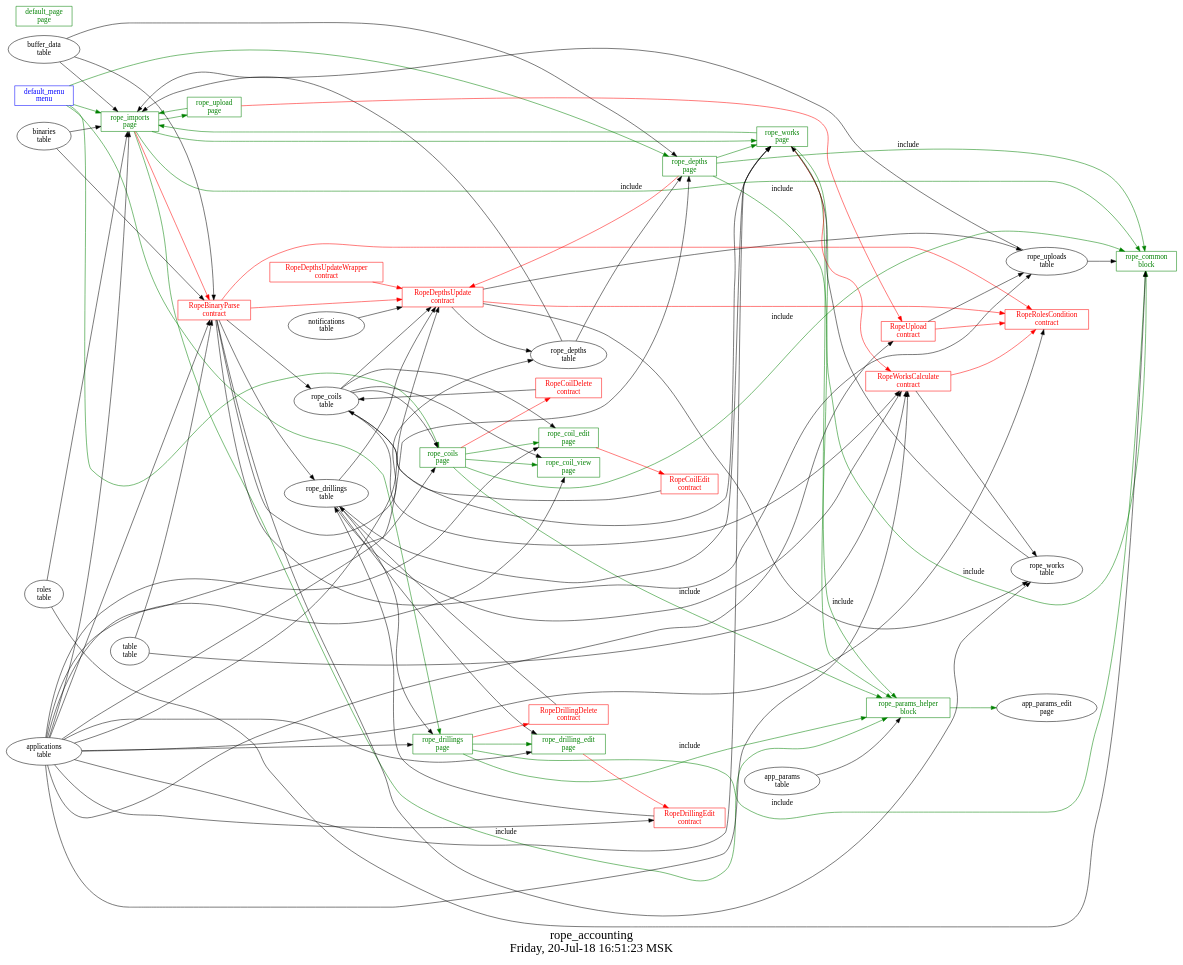
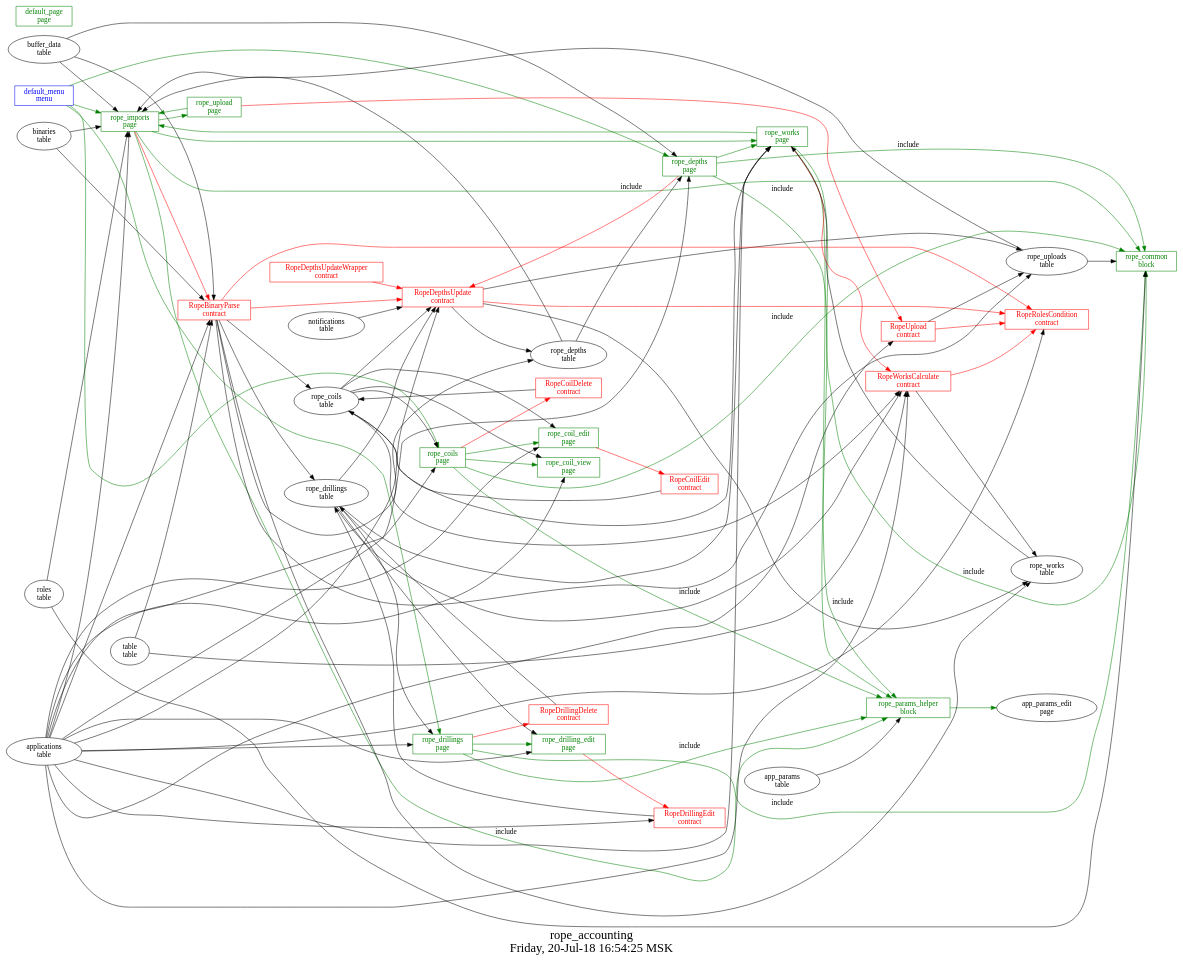
Before and after one commit to AplaProject/apps: the diagram in src/rope_accounting/struct.dot, drawn with Graphviz. The commit also changed 2 other files, not shown here.

```diff
--- a/src/rope_accounting/struct.dot
+++ b/src/rope_accounting/struct.dot
@@ -1,128 +1,128 @@
 digraph G {
 fontsize="24";
-label="rope_accounting\nFriday, 20-Jul-18 16:51:23 MSK";
+label="rope_accounting\nFriday, 20-Jul-18 16:54:25 MSK";
 nojustify=true;
 ordering=out;
 rankdir=LR;
 size="30";
 "default_menu\nmenu" -> "rope_imports\npage"  [ color=green ]
 "default_menu\nmenu" -> "rope_depths\npage"  [ color=green ]
 "default_menu\nmenu" -> "rope_drillings\npage"  [ color=green ]
 "default_menu\nmenu" -> "rope_coils\npage"  [ color=green ]
 "default_menu\nmenu" [color=blue, fontcolor=blue, group=menus, shape=record];
 "default_page\npage" [color=green, fontcolor=green, group=pages, shape=record];
 "rope_coil_edit\npage" -> "RopeCoilEdit\ncontract"  [ color=red ]
 "applications\ntable" -> "rope_coil_edit\npage"
 "rope_coils\ntable" -> "rope_coil_edit\npage"
 "rope_coil_edit\npage" [color=green, fontcolor=green, group=pages, shape=record];
 "applications\ntable" -> "rope_coil_view\npage"
 "rope_coils\ntable" -> "rope_coil_view\npage"
 "rope_coil_view\npage" [color=green, fontcolor=green, group=pages, shape=record];
 "rope_coils\npage" -> "RopeCoilDelete\ncontract"  [ color=red ]
 "applications\ntable" -> "rope_coils\npage"
 "rope_coils\ntable" -> "rope_coils\npage"
 "rope_coils\npage" -> "rope_coil_edit\npage"  [ color=green ]
 "rope_coils\npage" -> "rope_coil_view\npage"  [ color=green ]
 "rope_coils\npage" -> "rope_common\nblock"  [ color=green, label=include ]
 "rope_coils\npage" -> "rope_params_helper\nblock"  [ color=green, label=include ]
 "rope_coils\npage" [color=green, fontcolor=green, group=pages, shape=record];
 "rope_depths\npage" -> "RopeDepthsUpdate\ncontract"  [ color=red ]
 "applications\ntable" -> "rope_depths\npage"
 "rope_depths\ntable" -> "rope_depths\npage"
 "buffer_data\ntable" -> "rope_depths\npage"
 "rope_depths\npage" -> "rope_works\npage"  [ color=green ]
 "rope_depths\npage" -> "rope_common\nblock"  [ color=green, label=include ]
 "rope_depths\npage" -> "rope_params_helper\nblock"  [ color=green, label=include ]
 "rope_depths\npage" [color=green, fontcolor=green, group=pages, shape=record];
 "rope_drilling_edit\npage" -> "RopeDrillingEdit\ncontract"  [ color=red ]
 "applications\ntable" -> "rope_drilling_edit\npage"
 "rope_drillings\ntable" -> "rope_drilling_edit\npage"
 "rope_drilling_edit\npage" [color=green, fontcolor=green, group=pages, shape=record];
 "rope_drillings\npage" -> "RopeDrillingDelete\ncontract"  [ color=red ]
 "applications\ntable" -> "rope_drillings\npage"
 "rope_drillings\ntable" -> "rope_drillings\npage"
 "rope_drillings\npage" -> "rope_drilling_edit\npage"  [ color=green ]
 "rope_drillings\npage" -> "rope_common\nblock"  [ color=green, label=include ]
 "rope_drillings\npage" -> "rope_params_helper\nblock"  [ color=green, label=include ]
 "rope_drillings\npage" [color=green, fontcolor=green, group=pages, shape=record];
 "rope_imports\npage" -> "RopeBinaryParse\ncontract"  [ color=red ]
 "applications\ntable" -> "rope_imports\npage"
 "roles\ntable" -> "rope_imports\npage"
 "rope_uploads\ntable" -> "rope_imports\npage"
 "binaries\ntable" -> "rope_imports\npage"
 "rope_depths\ntable" -> "rope_imports\npage"
 "buffer_data\ntable" -> "rope_imports\npage"
 "rope_imports\npage" -> "rope_upload\npage"  [ color=green ]
 "rope_imports\npage" -> "rope_works\npage"  [ color=green ]
 "rope_imports\npage" -> "rope_common\nblock"  [ color=green, label=include ]
 "rope_imports\npage" -> "rope_params_helper\nblock"  [ color=green, label=include ]
 "rope_imports\npage" [color=green, fontcolor=green, group=pages, shape=record];
 "rope_upload\npage" -> "RopeUpload\ncontract"  [ color=red ]
 "rope_upload\npage" -> "rope_imports\npage"  [ color=green ]
 "rope_upload\npage" [color=green, fontcolor=green, group=pages, shape=record];
 "rope_works\npage" -> "RopeWorksCalculate\ncontract"  [ color=red ]
 "applications\ntable" -> "rope_works\npage"
 "rope_works\ntable" -> "rope_works\npage"
 "rope_drillings\ntable" -> "rope_works\npage"
 "rope_coils\ntable" -> "rope_works\npage"
 "rope_works\npage" -> "rope_imports\npage"  [ color=green ]
 "rope_works\npage" -> "rope_common\nblock"  [ color=green, label=include ]
 "rope_works\npage" -> "rope_params_helper\nblock"  [ color=green, label=include ]
 "rope_works\npage" [color=green, fontcolor=green, group=pages, shape=record];
 "roles\ntable" -> "rope_common\nblock"
 "rope_uploads\ntable" -> "rope_common\nblock"
 "rope_common\nblock" [color=green, fontcolor=green, group=blocks, shape=record];
 "app_params\ntable" -> "rope_params_helper\nblock"
 "rope_params_helper\nblock" -> "app_params_edit\npage"  [ color=green ]
 "rope_params_helper\nblock" [color=green, fontcolor=green, group=blocks, shape=record];
 "RopeBinaryParse\ncontract" -> "RopeDepthsUpdate\ncontract"  [ color=red ]
 "RopeBinaryParse\ncontract" -> "RopeRolesCondition\ncontract"  [ color=red ]
 "RopeBinaryParse\ncontract" -> "rope_coils\ntable"  [ color="" ]
 "RopeBinaryParse\ncontract" -> "rope_drillings\ntable"  [ color="" ]
 "RopeBinaryParse\ncontract" -> "rope_works\ntable"  [ color="" ]
 "RopeBinaryParse\ncontract" -> "rope_depths\ntable"  [ color="" ]
 "RopeBinaryParse\ncontract" -> "rope_uploads\ntable"  [ color="" ]
 "table\ntable" -> "RopeBinaryParse\ncontract"
 "buffer_data\ntable" -> "RopeBinaryParse\ncontract"
 "binaries\ntable" -> "RopeBinaryParse\ncontract"
 "applications\ntable" -> "RopeBinaryParse\ncontract"
 "RopeBinaryParse\ncontract" [color=red, fontcolor=red, group=contracts, shape=record];
 "RopeCoilDelete\ncontract" -> "rope_coils\ntable"  [ color="" ]
 "RopeCoilDelete\ncontract" [color=red, fontcolor=red, group=contracts, shape=record];
 "RopeCoilEdit\ncontract" -> "rope_coils\ntable"  [ color="" ]
 "RopeCoilEdit\ncontract" [color=red, fontcolor=red, group=contracts, shape=record];
 "RopeDepthsUpdate\ncontract" -> "RopeRolesCondition\ncontract"  [ color=red ]
 "RopeDepthsUpdate\ncontract" -> "rope_uploads\ntable"  [ color="" ]
 "RopeDepthsUpdate\ncontract" -> "rope_works\ntable"  [ color="" ]
 "RopeDepthsUpdate\ncontract" -> "rope_depths\ntable"  [ color="" ]
 "notifications\ntable" -> "RopeDepthsUpdate\ncontract"
 "rope_drillings\ntable" -> "RopeDepthsUpdate\ncontract"
 "rope_coils\ntable" -> "RopeDepthsUpdate\ncontract"
 "applications\ntable" -> "RopeDepthsUpdate\ncontract"
 "RopeDepthsUpdate\ncontract" [color=red, fontcolor=red, group=contracts, shape=record];
 "RopeDepthsUpdateWrapper\ncontract" -> "RopeDepthsUpdate\ncontract"  [ color=red ]
 "RopeDepthsUpdateWrapper\ncontract" [color=red, fontcolor=red, group=contracts, shape=record];
 "RopeDrillingDelete\ncontract" -> "rope_drillings\ntable"  [ color="" ]
 "RopeDrillingDelete\ncontract" [color=red, fontcolor=red, group=contracts, shape=record];
 "RopeDrillingEdit\ncontract" -> "rope_drillings\ntable"  [ color="" ]
 "applications\ntable" -> "RopeDrillingEdit\ncontract"
 "RopeDrillingEdit\ncontract" [color=red, fontcolor=red, group=contracts, shape=record];
 "applications\ntable" -> "RopeRolesCondition\ncontract"
 "RopeRolesCondition\ncontract" [color=red, fontcolor=red, group=contracts, shape=record];
 "RopeUpload\ncontract" -> "RopeRolesCondition\ncontract"  [ color=red ]
 "RopeUpload\ncontract" -> "rope_uploads\ntable"  [ color="" ]
 "applications\ntable" -> "RopeUpload\ncontract"
 "RopeUpload\ncontract" [color=red, fontcolor=red, group=contracts, shape=record];
 "RopeWorksCalculate\ncontract" -> "RopeRolesCondition\ncontract"  [ color=red ]
 "RopeWorksCalculate\ncontract" -> "rope_works\ntable"  [ color="" ]
 "table\ntable" -> "RopeWorksCalculate\ncontract"
 "applications\ntable" -> "RopeWorksCalculate\ncontract"
 "rope_coils\ntable" -> "RopeWorksCalculate\ncontract"
 "rope_drillings\ntable" -> "RopeWorksCalculate\ncontract"
 "RopeWorksCalculate\ncontract" [color=red, fontcolor=red, group=contracts, shape=record];
 "rope_coils\ntable" [color="", fontcolor="", group=tables, shape=""];
 "rope_depths\ntable" [color="", fontcolor="", group=tables, shape=""];
 "rope_drillings\ntable" [color="", fontcolor="", group=tables, shape=""];
 "rope_uploads\ntable" [color="", fontcolor="", group=tables, shape=""];
 "rope_works\ntable" [color="", fontcolor="", group=tables, shape=""];
 }
```
